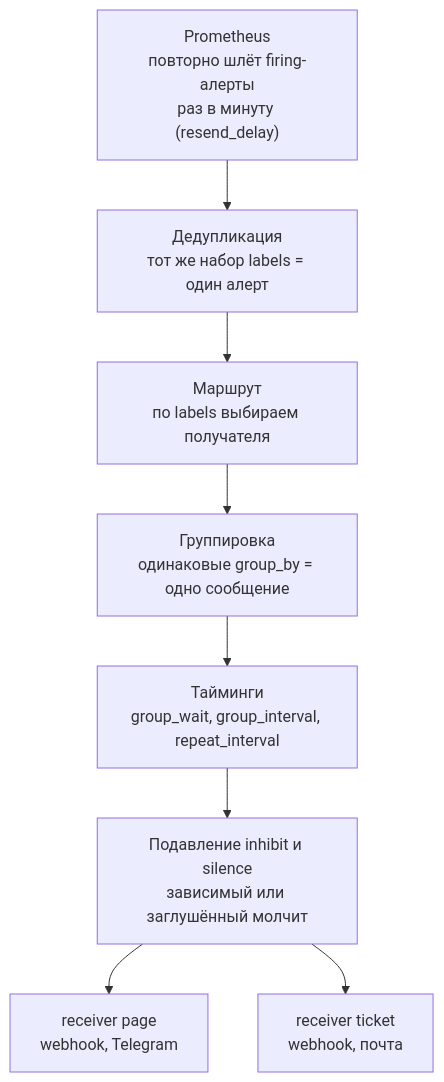
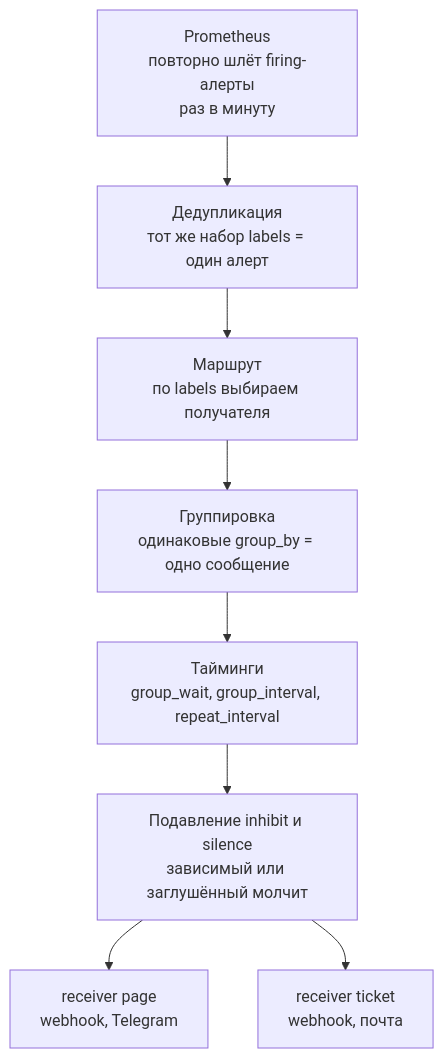
One commit to distinguished-sre/learning changed the third of 4 diagrams in devops/08-observability/05-alertmanager.md. Above: the diagram before and after it, drawn with Mermaid. The commit also changed other lines of this file and 462 other files, not shown here.

````diff
--- a/devops/08-observability/05-alertmanager.md
+++ b/devops/08-observability/05-alertmanager.md
@@ -263,10 +255,10 @@
 ```mermaid
 flowchart TD
-    P["Prometheus<br>повторно шлёт firing-алерты<br>раз в минуту (resend_delay)"] --> D["Дедупликация<br>тот же набор labels = один алерт"]
+    P["Prometheus<br>повторно шлёт firing-алерты<br>раз в минуту"] --> D["Дедупликация<br>тот же набор labels = один алерт"]
     D --> R["Маршрут<br>по labels выбираем получателя"]
     R --> G["Группировка<br>одинаковые group_by = одно сообщение"]
     G --> T["Тайминги<br>group_wait, group_interval, repeat_interval"]
     T --> I["Подавление inhibit и silence<br>зависимый или заглушённый молчит"]
     I --> PG["receiver page<br>webhook, Telegram"]
     I --> TK["receiver ticket<br>webhook, почта"]
 ```
````
